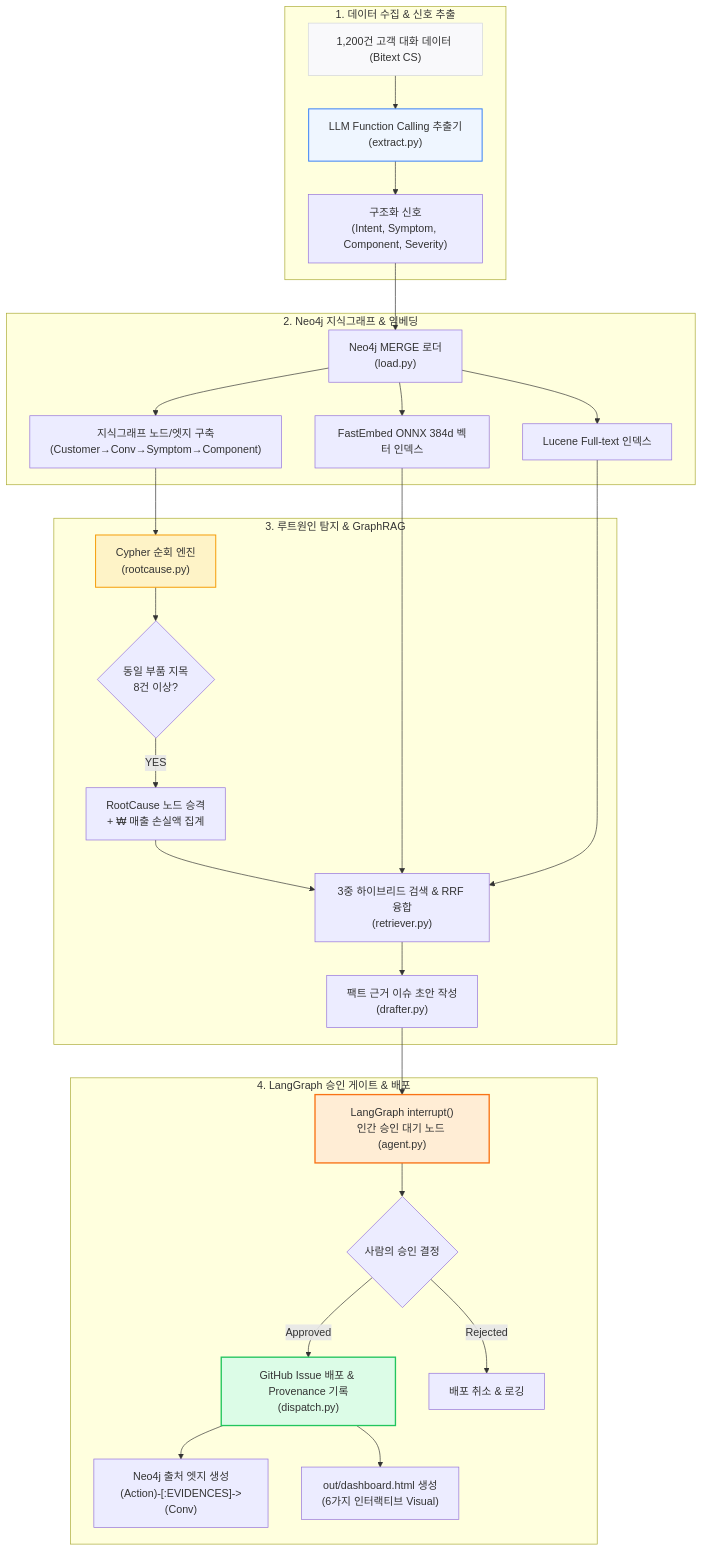
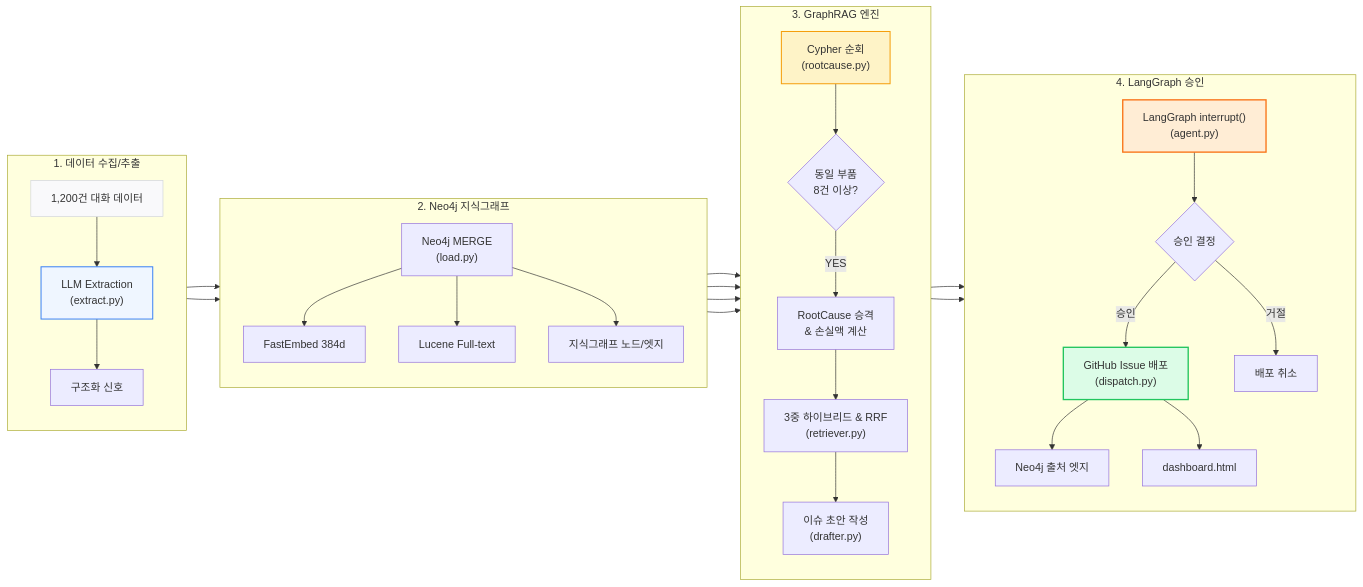
Before and after one commit to kanziman/channel-voc-demo: the second of 4 diagrams in README.md, drawn with Mermaid.

Commit message:
docs(readme): convert section 2 system flow diagram to compact horizontal layout

````diff
--- a/README.md
+++ b/README.md
@@ -81,42 +81,47 @@
 ```mermaid
-flowchart TD
-    subgraph DataIngestion ["1. 데이터 수집 & 신호 추출"]
-        RAW["1,200건 고객 대화 데이터 (Bitext CS)"] --> EXTRACT["LLM Function Calling 추출기\n(extract.py)"]
-        EXTRACT --> SIGNALS["구조화 신호\n(Intent, Symptom, Component, Severity)"]
+flowchart LR
+    subgraph DataIngestion ["1. 데이터 수집/추출"]
+        direction TB
+        RAW["1,200건 대화 데이터"] --> EXTRACT["LLM Extraction\n(extract.py)"]
+        EXTRACT --> SIGNALS["구조화 신호"]
     end
 
-    subgraph KnowledgeGraph ["2. Neo4j 지식그래프 & 임베딩"]
-        SIGNALS --> KG_LOAD["Neo4j MERGE 로더\n(load.py)"]
-        KG_LOAD --> DENSE["FastEmbed ONNX 384d 벡터 인덱스"]
-        KG_LOAD --> SPARSE["Lucene Full-text 인덱스"]
-        KG_LOAD --> GRAPH_NODES["지식그래프 노드/엣지 구축\n(Customer→Conv→Symptom→Component)"]
+    subgraph KnowledgeGraph ["2. Neo4j 지식그래프"]
+        direction TB
+        SIGNALS --> KG_LOAD["Neo4j MERGE\n(load.py)"]
+        KG_LOAD --> DENSE["FastEmbed 384d"]
+        KG_LOAD --> SPARSE["Lucene Full-text"]
+        KG_LOAD --> GRAPH_NODES["지식그래프 노드/엣지"]
     end
 
-    subgraph RootCauseEngine ["3. 루트원인 탐지 & GraphRAG"]
-        GRAPH_NODES --> CYPHER["Cypher 순회 엔진\n(rootcause.py)"]
-        CYPHER --> PROMOTION{"동일 부품 지목\n8건 이상?"}
-        PROMOTION -- YES --> RC_PROMOTE["RootCause 노드 승격\n+ ₩ 매출 손실액 집계"]
+    subgraph RootCauseEngine ["3. GraphRAG 엔진"]
+        direction TB
+        GRAPH_NODES --> CYPHER["Cypher 순회\n(rootcause.py)"]
+        CYPHER --> PROMOTION{"동일 부품\n8건 이상?"}
+        PROMOTION -- YES --> RC_PROMOTE["RootCause 승격\n& 손실액 계산"]
         
-        RC_PROMOTE --> RRF_RETRIEVER["3중 하이브리드 검색 & RRF 융합\n(retriever.py)"]
+        RC_PROMOTE --> RRF_RETRIEVER["3중 하이브리드 & RRF\n(retriever.py)"]
         DENSE --> RRF_RETRIEVER
         SPARSE --> RRF_RETRIEVER
-        
-        RRF_RETRIEVER --> DRAFTER["팩트 근거 이슈 초안 작성\n(drafter.py)"]
+        RRF_RETRIEVER --> DRAFTER["이슈 초안 작성\n(drafter.py)"]
     end
 
-    subgraph HumanInTheLoop ["4. LangGraph 승인 게이트 & 배포"]
-        DRAFTER --> INTERRUPT["LangGraph interrupt()\n인간 승인 대기 노드 (agent.py)"]
-        INTERRUPT --> APPROVAL{"사람의 승인 결정"}
-        APPROVAL -- Approved --> DISPATCH["GitHub Issue 배포 & Provenance 기록\n(dispatch.py)"]
-        APPROVAL -- Rejected --> REJECT["배포 취소 & 로깅"]
+    subgraph HumanInTheLoop ["4. LangGraph 승인"]
+        direction TB
+        DRAFTER --> INTERRUPT["LangGraph interrupt()\n(agent.py)"]
+        INTERRUPT --> APPROVAL{"승인 결정"}
+        APPROVAL -- 승인 --> DISPATCH["GitHub Issue 배포\n(dispatch.py)"]
+        APPROVAL -- 거절 --> REJECT["배포 취소"]
         
-        DISPATCH --> NEO4J_EDGE["Neo4j 출처 엣지 생성\n(Action)-[:EVIDENCES]->(Conv)"]
-        DISPATCH --> DASHBOARD["out/dashboard.html 생성\n(6가지 인터랙티브 Visual)"]
+        DISPATCH --> NEO4J_EDGE["Neo4j 출처 엣지"]
+        DISPATCH --> DASHBOARD["dashboard.html"]
     end
+
+    DataIngestion --> KnowledgeGraph --> RootCauseEngine --> HumanInTheLoop
 
     style RAW fill:#f9f9fb,stroke:#d1d5db,stroke-width:1px
     style EXTRACT fill:#eff6ff,stroke:#3b82f6,stroke-width:1.5px
     style CYPHER fill:#fef3c7,stroke:#f59e0b,stroke-width:1.5px
     style INTERRUPT fill:#ffedd5,stroke:#f97316,stroke-width:2px
     style DISPATCH fill:#dcfce7,stroke:#22c55e,stroke-width:2px
 ```
````
